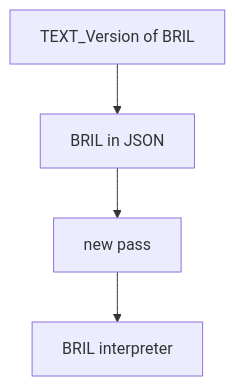
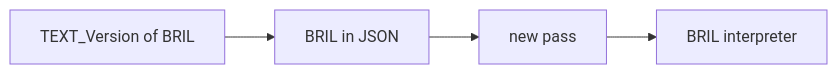
One commit to normrubin/normrubin.github.io changed the third of 3 diagrams in lectures/010_compiler_overview.qmd. Above: the diagram before and after it, drawn with Mermaid. The commit also changed other lines of this file and 3 other files, not shown here.

````diff
--- a/lectures/010_compiler_overview.qmd
+++ b/lectures/010_compiler_overview.qmd
@@ -142,7 +150,7 @@
 ```{mermaid}
 %%{init: {"flowchart": {"htmlLabels": false}} }%%
 
 %%| echo: false 
-graph TB;
+graph LR;
 A[TEXT_Version of BRIL]--> B0[BRIL in JSON] --> B1["new pass"] --> B2[BRIL interpreter];
 ```
````
